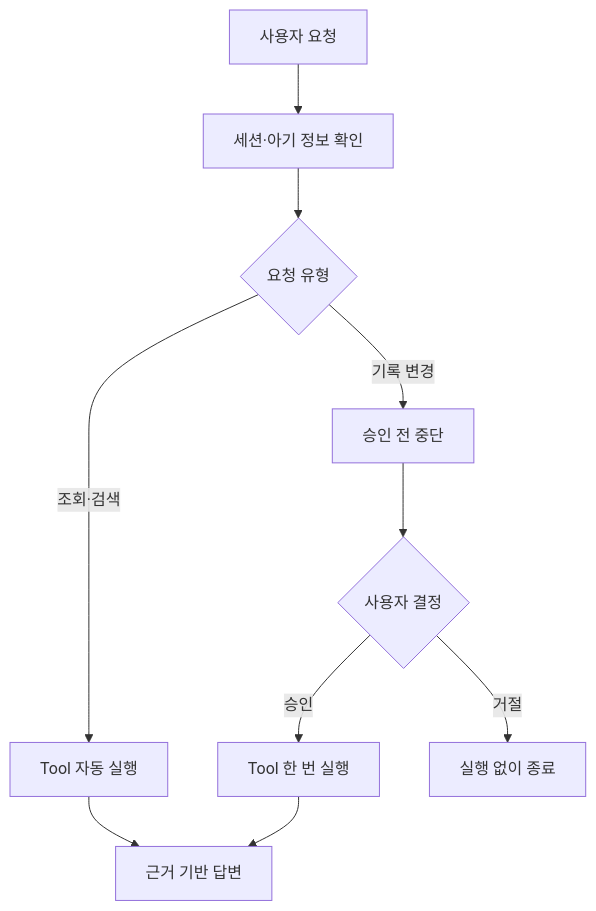
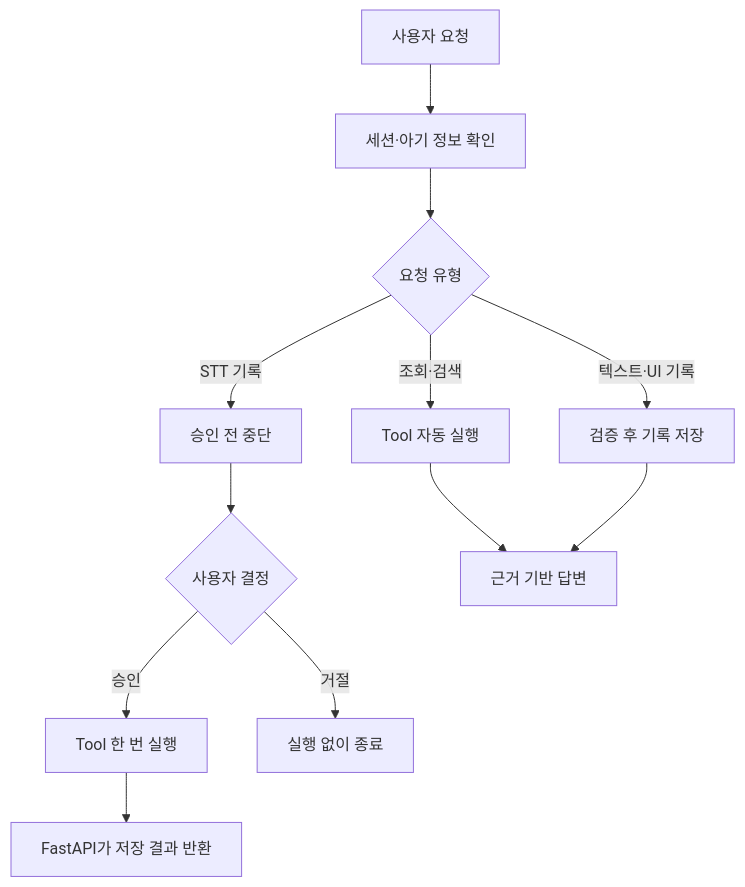
Before and after one commit to jyeyeyej/team3_AI_Baby_Care_Assistant: the diagram in documents/agent-architecture-design.md, drawn with Mermaid. The commit also changed other lines of this file and 1 other file, not shown here.

````diff
--- a/documents/agent-architecture-design.md
+++ b/documents/agent-architecture-design.md
@@ -108,12 +89,14 @@
 ```mermaid
 flowchart TD
     A["사용자 요청"] --> B["세션·아기 정보 확인"]
     B --> C{"요청 유형"}
     C -->|"조회·검색"| D["Tool 자동 실행"]
-    C -->|"기록 변경"| E["승인 전 중단"]
-    E --> F{"사용자 결정"}
-    F -->|"승인"| G["Tool 한 번 실행"]
-    F -->|"거절"| H["실행 없이 종료"]
-    D --> I["근거 기반 답변"]
-    G --> I
+    C -->|"텍스트·UI 기록"| E["검증 후 기록 저장"]
+    C -->|"STT 기록"| F["승인 전 중단"]
+    F --> G{"사용자 결정"}
+    G -->|"승인"| H["Tool 한 번 실행"]
+    G -->|"거절"| I["실행 없이 종료"]
+    D --> J["근거 기반 답변"]
+    E --> J
+    H --> K["FastAPI가 저장 결과 반환"]
 ```
````
